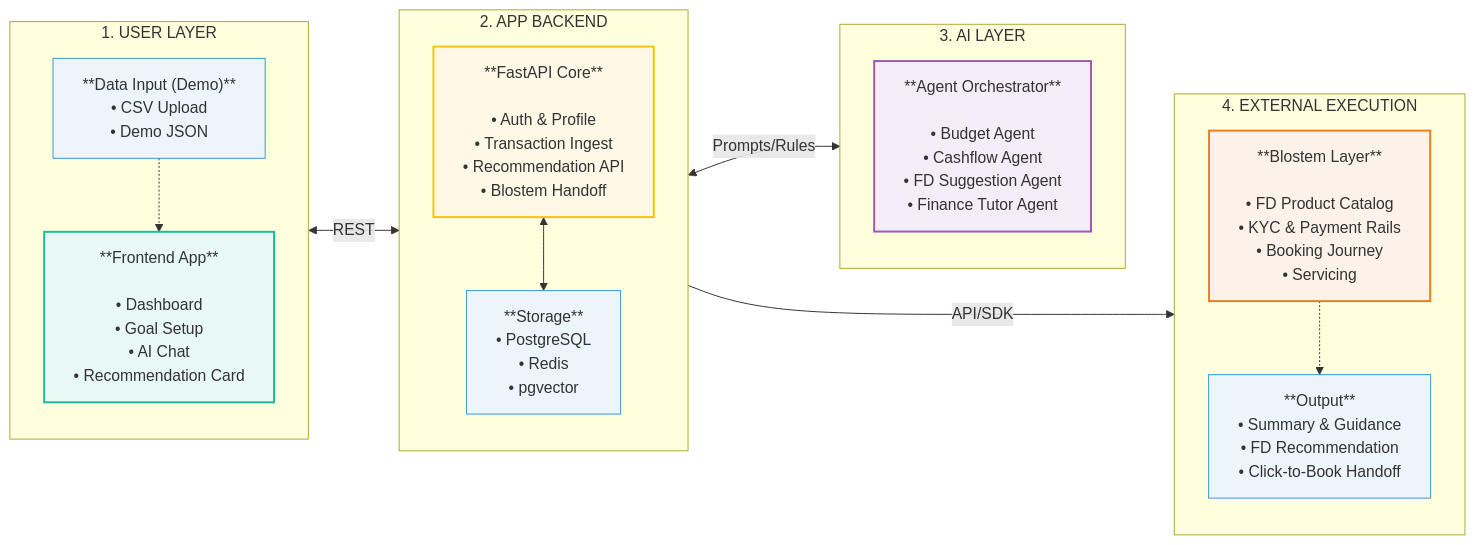
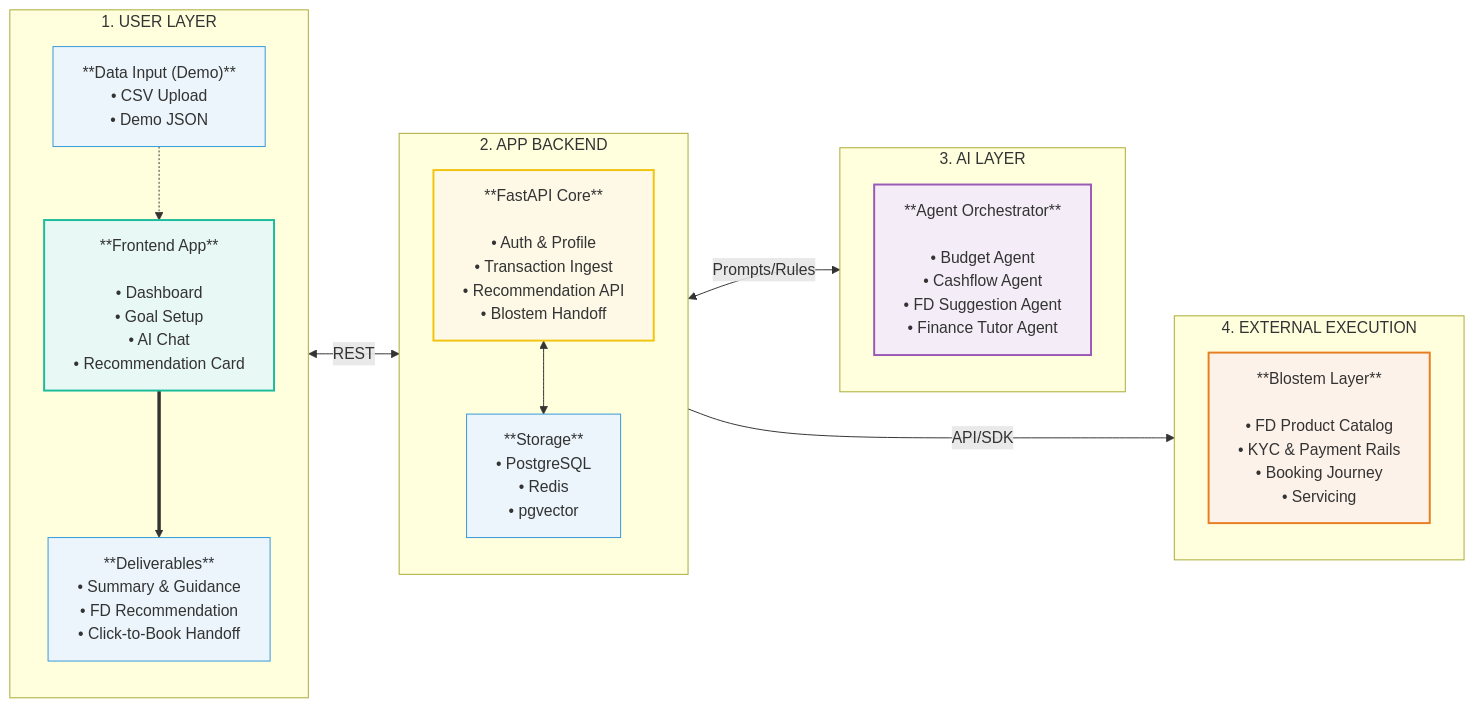
The diagram in SYSTEM_DESIGN.md (Jashan-ai-sys/YieldWise), drawn with Mermaid before and after one commit. The commit also changed 1 other file, not shown here.

Commit message:
docs: fix broken system design link and update architecture flow diagram

````diff
--- a/SYSTEM_DESIGN.md
+++ b/SYSTEM_DESIGN.md
@@ -12,40 +12,41 @@
 ```mermaid
 flowchart LR
     %% Styles
     classDef ui fill:#e8f8f5,stroke:#1abc9c,stroke-width:2px,color:#333
     classDef api fill:#fef9e7,stroke:#f1c40f,stroke-width:2px,color:#333
     classDef ai fill:#f4ecf7,stroke:#9b59b6,stroke-width:2px,color:#333
     classDef bank fill:#fdf2e9,stroke:#e67e22,stroke-width:2px,color:#333
     classDef data fill:#ebf5fb,stroke:#3498db,stroke-width:1px,color:#333
 
     subgraph layer1 [1. USER LAYER]
         direction TB
         Input["**Data Input (Demo)**<br/>• CSV Upload<br/>• Demo JSON"]:::data
         Frontend["**Frontend App**<br/><br/>• Dashboard<br/>• Goal Setup<br/>• AI Chat<br/>• Recommendation Card"]:::ui
+        Output["**Deliverables**<br/>• Summary & Guidance<br/>• FD Recommendation<br/>• Click-to-Book Handoff"]:::data
+        
         Input -.-> Frontend
+        Frontend ===> Output
     end
 
     subgraph layer2 [2. APP BACKEND]
         direction TB
         Core["**FastAPI Core**<br/><br/>• Auth & Profile<br/>• Transaction Ingest<br/>• Recommendation API<br/>• Blostem Handoff"]:::api
         Storage["**Storage**<br/>• PostgreSQL<br/>• Redis<br/>• pgvector"]:::data
         Core <--> Storage
     end
 
     subgraph layer3 [3. AI LAYER]
         direction TB
         Agents["**Agent Orchestrator**<br/><br/>• Budget Agent<br/>• Cashflow Agent<br/>• FD Suggestion Agent<br/>• Finance Tutor Agent"]:::ai
     end
 
     subgraph layer4 [4. EXTERNAL EXECUTION]
         direction TB
         Blostem["**Blostem Layer**<br/><br/>• FD Product Catalog<br/>• KYC & Payment Rails<br/>• Booking Journey<br/>• Servicing"]:::bank
-        Output["**Output**<br/>• Summary & Guidance<br/>• FD Recommendation<br/>• Click-to-Book Handoff"]:::data
-        Blostem -.-> Output
     end
 
     %% Connections
     Frontend <-->|"REST"| Core
     Core <-->|"Prompts/Rules"| Agents
     Core --->|"API/SDK"| Blostem
 ```
````
